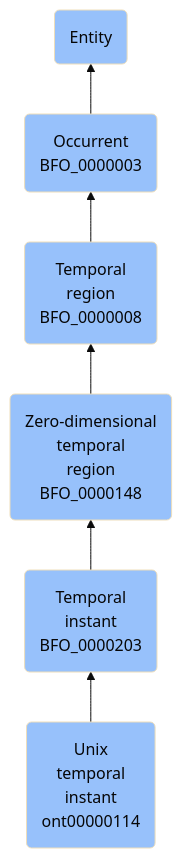
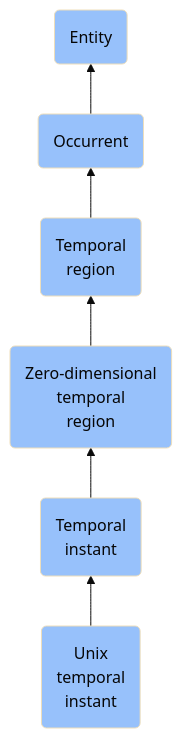
The diagram in docs/ontology/reference/model/Entity/Occurrent/Temporal region/Zero-dimensional temporal region/Temporal instant/Unix temporal instant/Unix temporal instant.md (jupyter-naas/abi), drawn with Mermaid (base theme) before and after one commit. The commit also changed other lines of this file and 1430 other files, not shown here.

````diff
--- a/docs/ontology/reference/model/Entity/Occurrent/Temporal region/Zero-dimensional temporal region/Temporal instant/Unix temporal instant/Unix temporal instant.md
+++ b/docs/ontology/reference/model/Entity/Occurrent/Temporal region/Zero-dimensional temporal region/Temporal instant/Unix temporal instant/Unix temporal instant.md
@@ -24,13 +24,13 @@
 ```mermaid
 graph BT
-    ont00000114(Unix<br>temporal<br>instant<br>ont00000114):::BFO-->BFO_0000203
-    BFO_0000203(Temporal<br>instant<br>BFO_0000203):::BFO-->BFO_0000148
-    BFO_0000148(Zero-dimensional<br>temporal<br>region<br>BFO_0000148):::BFO-->BFO_0000008
-    BFO_0000008(Temporal<br>region<br>BFO_0000008):::BFO-->BFO_0000003
-    BFO_0000003(Occurrent<br>BFO_0000003):::BFO-->BFO_0000001
+    ont00000114(Unix<br>temporal<br>instant):::BFO-->BFO_0000203
+    BFO_0000203(Temporal<br>instant):::BFO-->BFO_0000148
+    BFO_0000148(Zero-dimensional<br>temporal<br>region):::BFO-->BFO_0000008
+    BFO_0000008(Temporal<br>region):::BFO-->BFO_0000003
+    BFO_0000003(Occurrent):::BFO-->BFO_0000001
     BFO_0000001(Entity):::BFO
     
     classDef BFO fill:#97c1fb,color:#060606
     classDef CCO fill:#e4c51e,color:#060606
     classDef ABI fill:#48DD82,color:#060606
 ```
````
